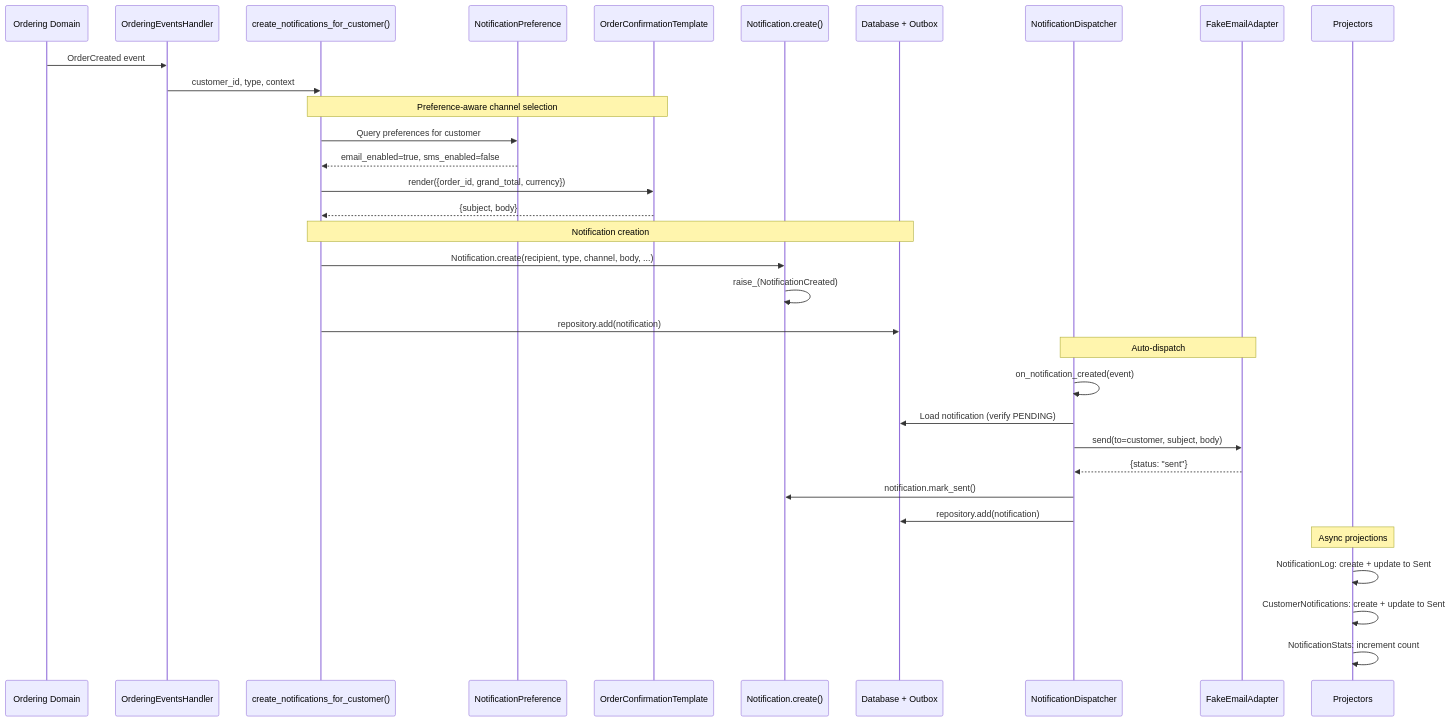
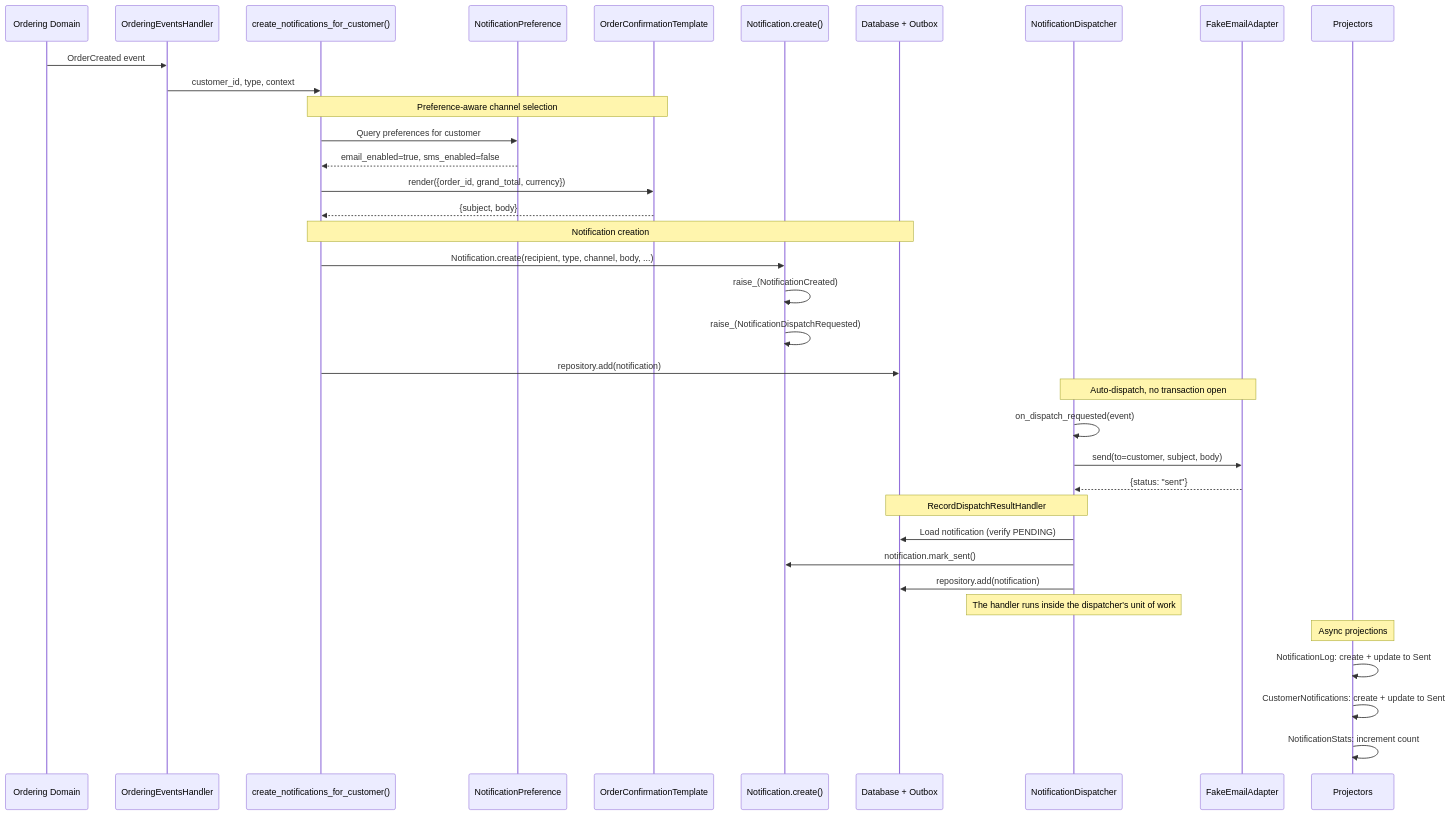
Before and after one commit to proteanhq/shopstream: the diagram in docs/notifications/scenarios/notification-dispatch.md, drawn with Mermaid. The commit also changed other lines of this file and 33 other files, not shown here.

````diff
--- a/docs/notifications/scenarios/notification-dispatch.md
+++ b/docs/notifications/scenarios/notification-dispatch.md
@@ -91,40 +97,44 @@
 ```mermaid
 sequenceDiagram
     participant Ordering as Ordering Domain
     participant Handler as OrderingEventsHandler
     participant Helper as create_notifications_for_customer()
     participant Pref as NotificationPreference
     participant Template as OrderConfirmationTemplate
     participant Agg as Notification.create()
     participant DB as Database + Outbox
     participant Dispatch as NotificationDispatcher
     participant Adapter as FakeEmailAdapter
     participant Proj as Projectors
 
     Ordering->>Handler: OrderCreated event
     Handler->>Helper: customer_id, type, context
 
     Note over Helper,Template: Preference-aware channel selection
     Helper->>Pref: Query preferences for customer
     Pref-->>Helper: email_enabled=true, sms_enabled=false
     Helper->>Template: render({order_id, grand_total, currency})
     Template-->>Helper: {subject, body}
 
     Note over Helper,DB: Notification creation
     Helper->>Agg: Notification.create(recipient, type, channel, body, ...)
     Agg->>Agg: raise_(NotificationCreated)
+    Agg->>Agg: raise_(NotificationDispatchRequested)
     Helper->>DB: repository.add(notification)
 
-    Note over Dispatch,Adapter: Auto-dispatch
-    Dispatch->>Dispatch: on_notification_created(event)
-    Dispatch->>DB: Load notification (verify PENDING)
+    Note over Dispatch,Adapter: Auto-dispatch, no transaction open
+    Dispatch->>Dispatch: on_dispatch_requested(event)
     Dispatch->>Adapter: send(to=customer, subject, body)
     Adapter-->>Dispatch: {status: "sent"}
+
+    Note over Dispatch,DB: RecordDispatchResultHandler
+    Dispatch->>DB: Load notification (verify PENDING)
     Dispatch->>Agg: notification.mark_sent()
     Dispatch->>DB: repository.add(notification)
+    Note over Dispatch: The handler runs inside the dispatcher's unit of work
 
     Note over Proj: Async projections
     Proj->>Proj: NotificationLog: create + update to Sent
     Proj->>Proj: CustomerNotifications: create + update to Sent
     Proj->>Proj: NotificationStats: increment count
 ```
````
